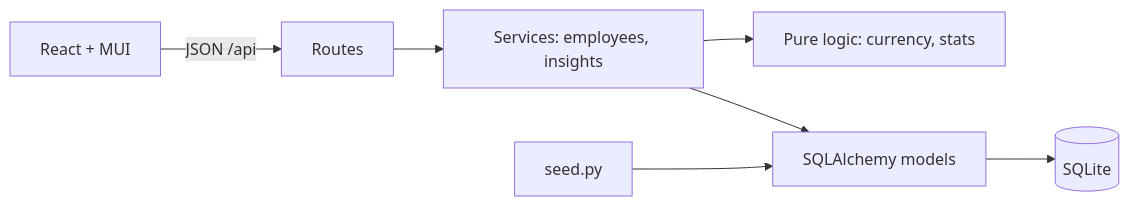
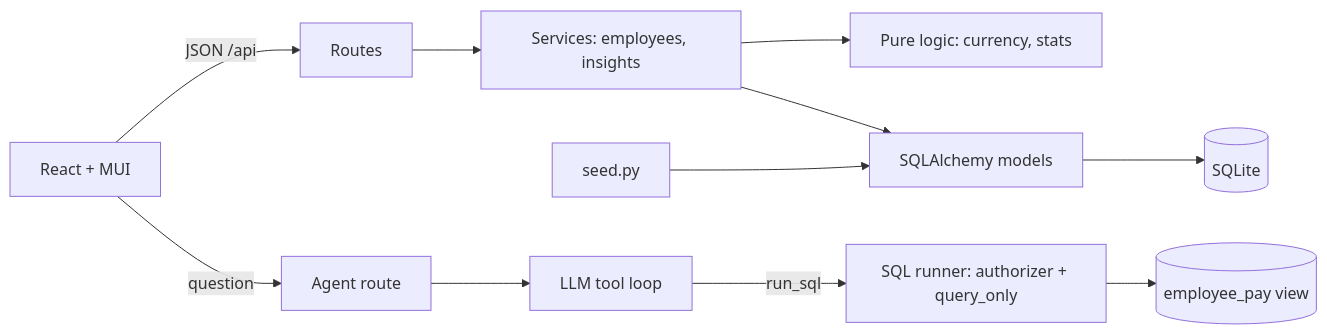
The diagram in docs/ARCHITECTURE.md (chandru07s/acme-salary-management), drawn with Mermaid before and after one commit. The commit also changed other lines of this file and 4 other files, not shown here.

````diff
--- a/docs/ARCHITECTURE.md
+++ b/docs/ARCHITECTURE.md
@@ -3,9 +3,13 @@
 ```mermaid
 flowchart LR
   UI[React + MUI] -->|JSON /api| R[Routes]
   R --> S[Services: employees, insights]
   S --> P[Pure logic: currency, stats]
   S --> M[SQLAlchemy models]
   M --> DB[(SQLite)]
   Seed[seed.py] --> M
+  UI -->|question| A[Agent route]
+  A --> L[LLM tool loop]
+  L -->|run_sql| Q[SQL runner: authorizer + query_only]
+  Q --> V[(employee_pay view)]
 ```
````
